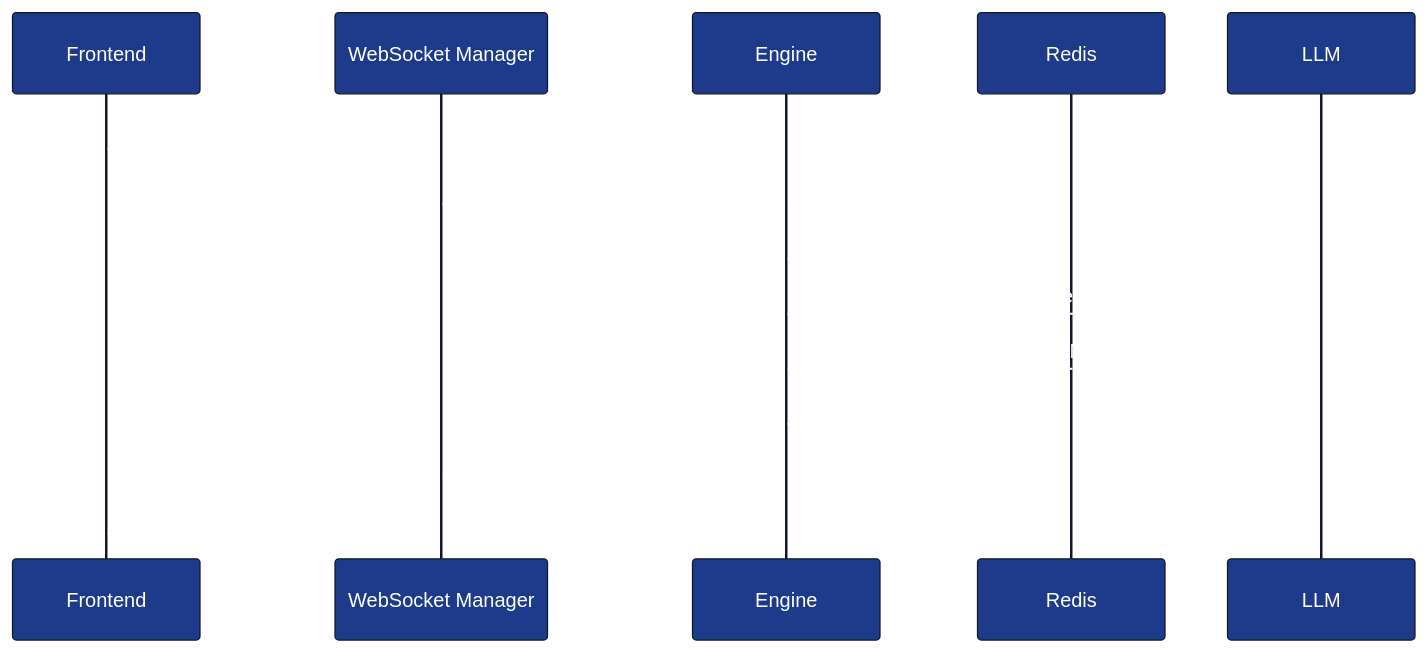
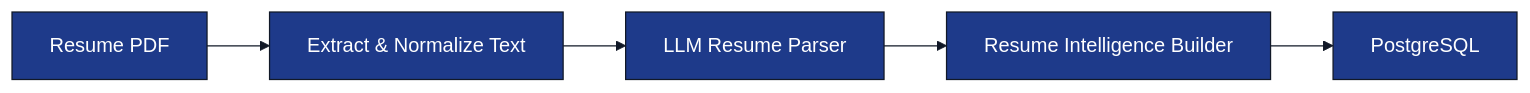
The third of 4 diagrams in docs/tech-spec/02_architecture.md (Veeru123456778/ai-interview-service), drawn with Mermaid before and after one commit. The commit also changed other lines of this file, not shown here.

Commit message:
fixes the architecture of the agent

````diff
--- a/docs/tech-spec/02_architecture.md
+++ b/docs/tech-spec/02_architecture.md
@@ -160,36 +179,34 @@
 ```mermaid
 %%{init:{
   "theme":"base",
   "themeVariables":{
     "background":"#FFFFFF",
     "primaryColor":"#1E3A8A",
     "primaryTextColor":"#FFFFFF",
     "primaryBorderColor":"#111827",
     "secondaryColor":"#2563EB",
     "secondaryTextColor":"#FFFFFF",
     "tertiaryColor":"#DBEAFE",
     "lineColor":"#111827",
     "edgeLabelBackground":"#FFFFFF",
     "fontFamily":"Inter"
   }
 }}%%
 
-sequenceDiagram
+flowchart LR
 
-    participant Frontend
-    participant WS as WebSocket Manager
-    participant Engine
-    participant Redis
-    participant LLM
+    PDF["Resume PDF"]
 
-    Frontend->>WS: Candidate Message (Text)
-    WS->>Engine: Forward Candidate Message
+    EXTRACT["Extract & Normalize Text"]
 
-    Engine->>Redis: Load Runtime State
-    Engine->>LLM: Execute Current Prompt
-    LLM-->>Engine: Structured JSON Response
+    PARSER["LLM Resume Parser"]
 
-    Engine->>Redis: Update Runtime State
-    Engine-->>WS: Interview Response
-    WS-->>Frontend: Render Interview Response
+    BUILDER["Resume Intelligence Builder"]
+
+    STORE["PostgreSQL"]
+
+    PDF --> EXTRACT
+    EXTRACT --> PARSER
+    PARSER --> BUILDER
+    BUILDER --> STORE
 ```
````
